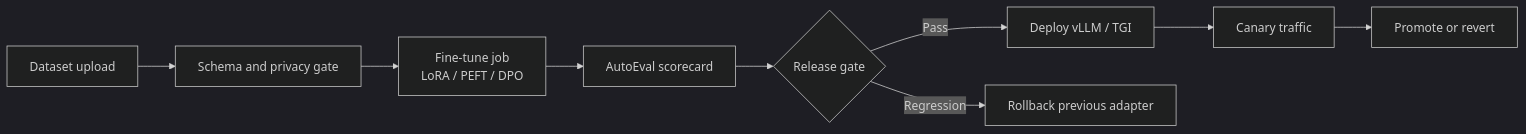
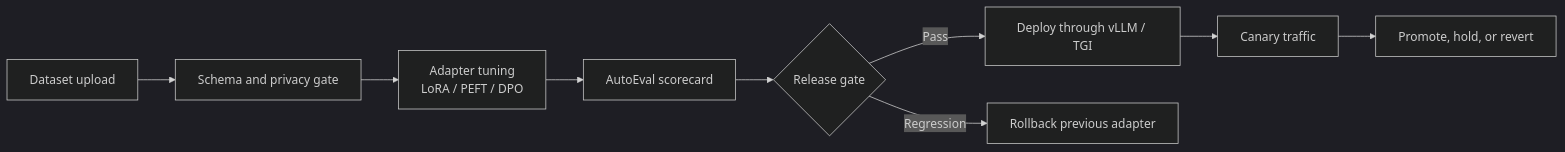
The first of 6 diagrams in README.md (Justin21523/LLM-train-eval-ship), drawn with Mermaid (dark theme) before and after one commit. The commit also changed other lines of this file and 13 other files, not shown here.

````diff
--- a/README.md
+++ b/README.md
@@ -34,11 +35,11 @@
 ```mermaid
 flowchart LR
   A[Dataset upload] --> B[Schema and privacy gate]
-  B --> C[Fine-tune job<br/>LoRA / PEFT / DPO]
+  B --> C[Adapter tuning<br/>LoRA / PEFT / DPO]
   C --> D[AutoEval scorecard]
   D --> E{Release gate}
-  E -->|Pass| F[Deploy vLLM / TGI]
+  E -->|Pass| F[Deploy through vLLM / TGI]
   E -->|Regression| G[Rollback previous adapter]
   F --> H[Canary traffic]
-  H --> I[Promote or revert]
+  H --> I[Promote, hold, or revert]
 ```
````
